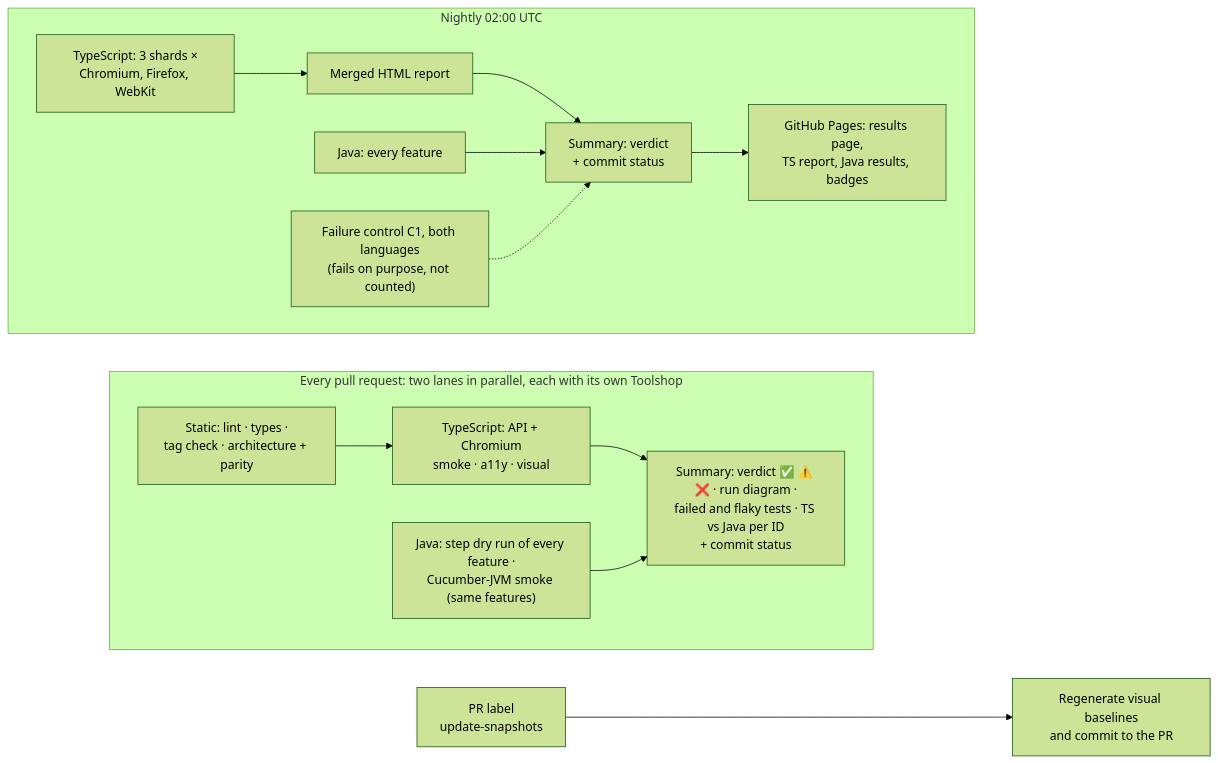
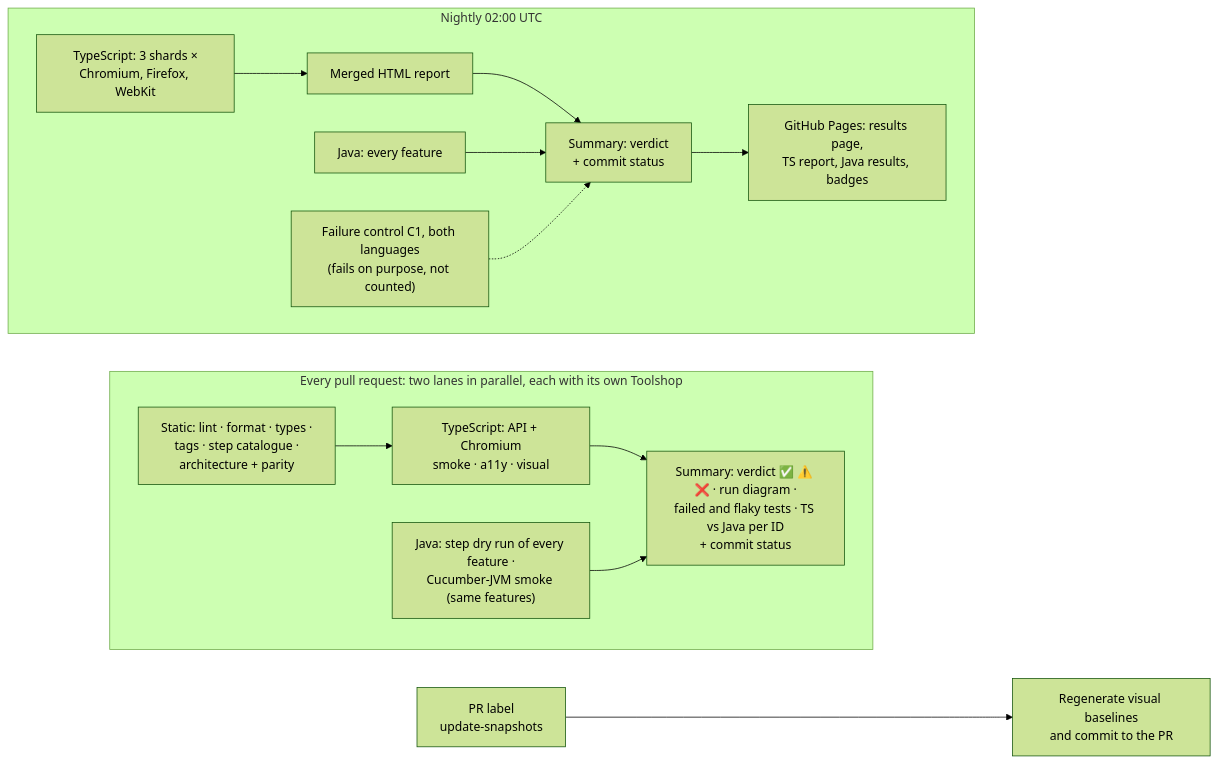
One commit to junchunip-hue/playwright-e2e-showcase changed the second of 2 diagrams in README.md. Above: the diagram before and after it, drawn with Mermaid (forest theme). The commit also changed 9 other files, not shown here.

````diff
--- a/README.md
+++ b/README.md
@@ -113,18 +113,18 @@
 ```mermaid
 flowchart LR
   subgraph PR["Every pull request: two lanes in parallel, each with its own Toolshop"]
     direction LR
-    S["Static: lint · types ·<br/>tag check · architecture + parity"] --> TS["TypeScript: API + Chromium<br/>smoke · a11y · visual"]
+    S["Static: lint · format · types ·<br/>tags · step catalogue ·<br/>architecture + parity"] --> TS["TypeScript: API + Chromium<br/>smoke · a11y · visual"]
     J["Java: step dry run of every feature ·<br/>Cucumber-JVM smoke (same features)"]
     TS --> SUM["Summary: verdict ✅ ⚠️ ❌ · run diagram ·<br/>failed and flaky tests · TS vs Java per ID<br/>+ commit status"]
     J --> SUM
   end
   subgraph N["Nightly 02:00 UTC"]
     direction LR
     SH["TypeScript: 3 shards ×<br/>Chromium, Firefox, WebKit"] --> M["Merged HTML report"] --> NS["Summary: verdict<br/>+ commit status"]
     NJ["Java: every feature"] --> NS
     C["Failure control C1, both languages<br/>(fails on purpose, not counted)"] -.-> NS
     NS --> P["GitHub Pages: results page,<br/>TS report, Java results, badges"]
   end
   L["PR label<br/>update-snapshots"] --> B["Regenerate visual baselines<br/>and commit to the PR"]
 ```
````
